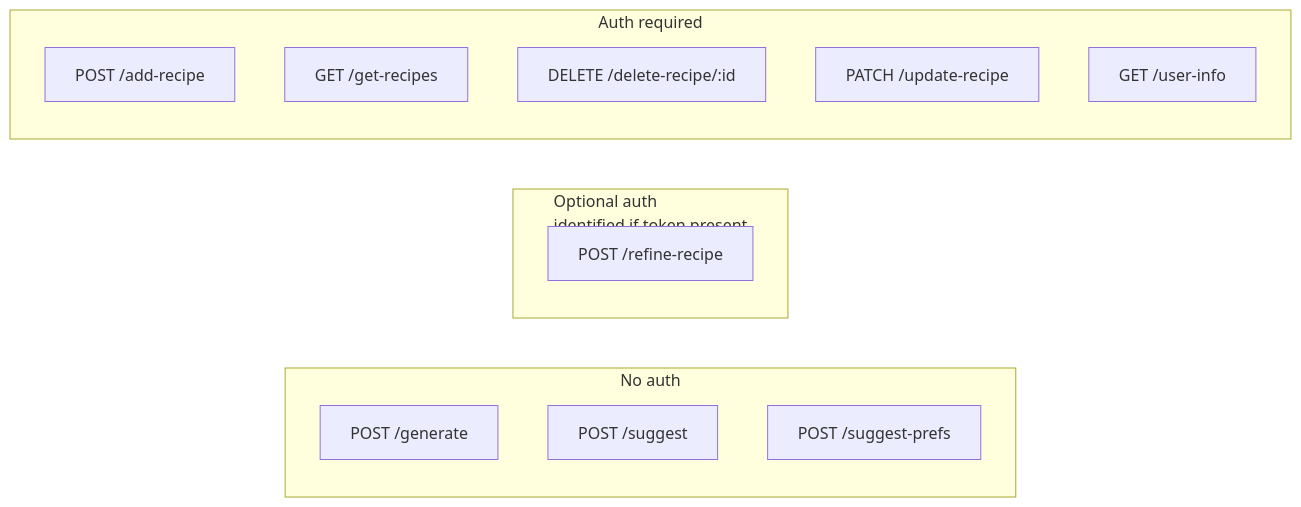
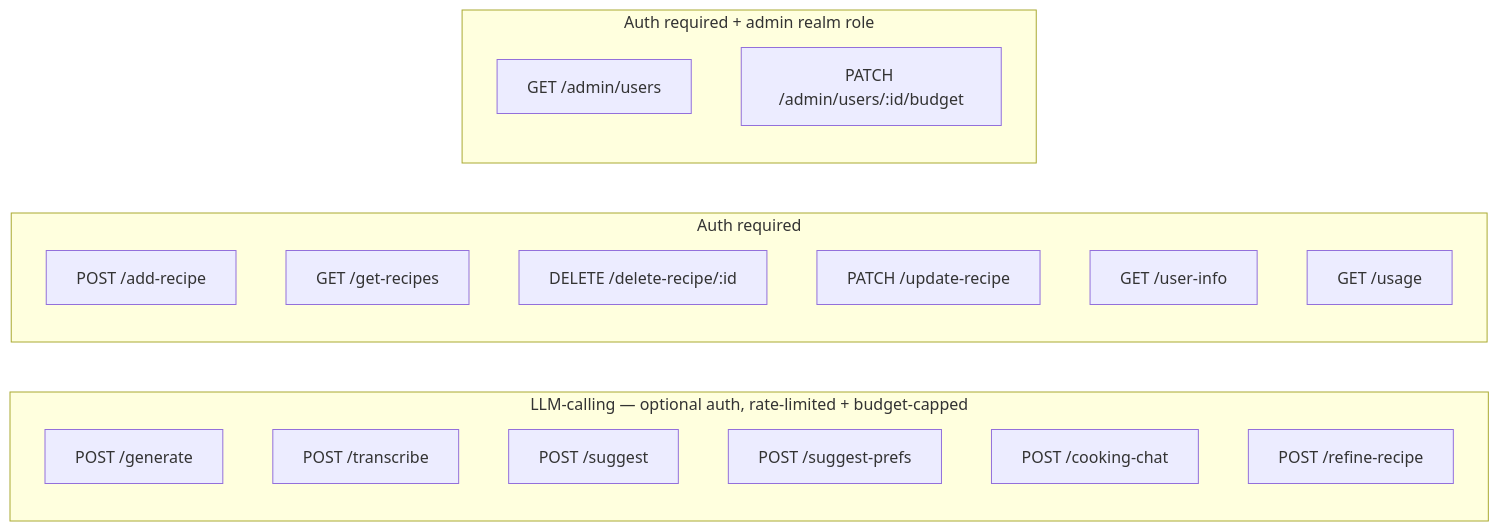
Before and after one commit to ili16/recipe-generator: the second of 2 diagrams in AGENT.md, drawn with Mermaid. The commit also changed other lines of this file and 14 other files, not shown here.

Commit message:
add rate-limiting, add admin routes API only for now

````diff
--- a/AGENT.md
+++ b/AGENT.md
@@ -29,18 +29,23 @@
 ```mermaid
 graph LR
-    subgraph anon["No auth"]
+    subgraph llm["LLM-calling — optional auth, rate-limited + budget-capped"]
         G[POST /generate]
+        T[POST /transcribe]
         S[POST /suggest]
         SP[POST /suggest-prefs]
-    end
-    subgraph optional["Optional auth\nidentified if token present"]
+        CC[POST /cooking-chat]
         RR[POST /refine-recipe]
     end
     subgraph required["Auth required"]
         AR[POST /add-recipe]
         GR[GET /get-recipes]
         DR[DELETE /delete-recipe/:id]
         UR[PATCH /update-recipe]
         UF[GET /user-info]
+        US[GET /usage]
+    end
+    subgraph admin["Auth required + admin realm role"]
+        AU[GET /admin/users]
+        AB[PATCH /admin/users/:id/budget]
     end
 ```
````
